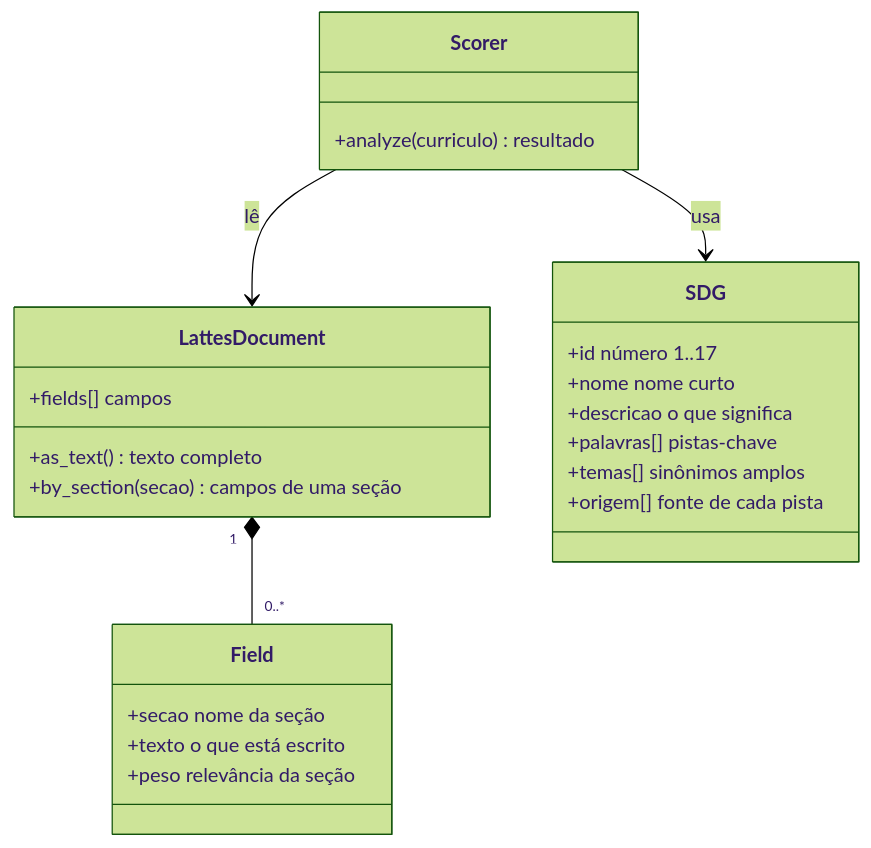
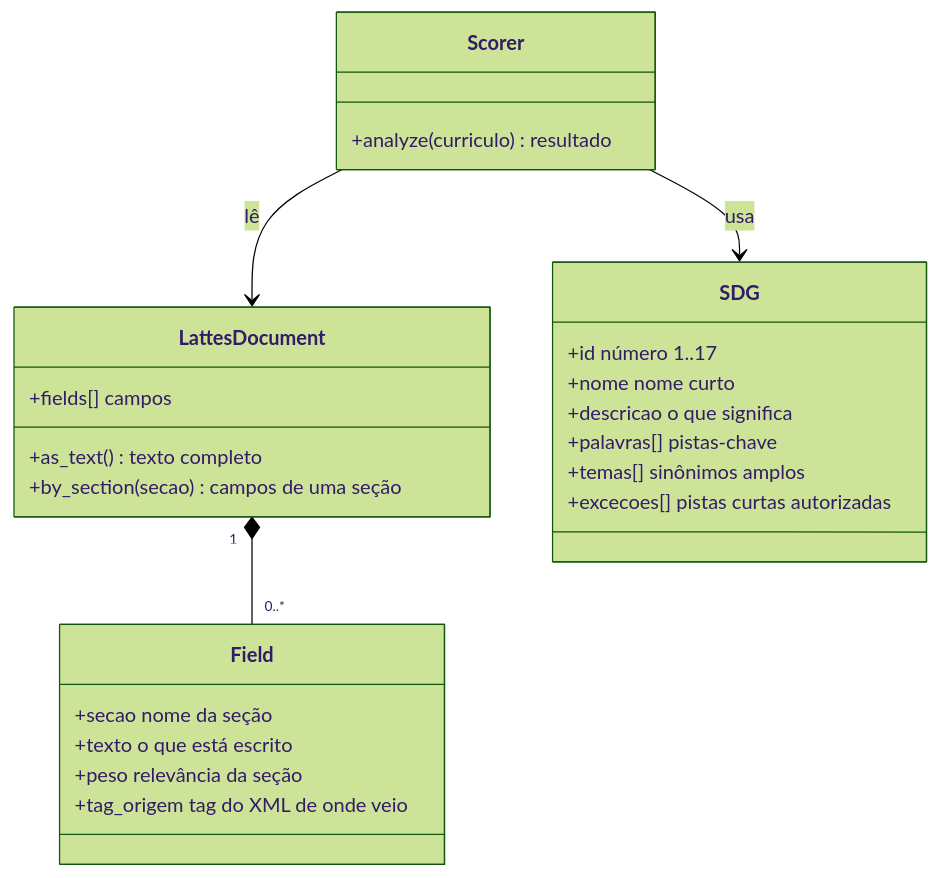
Before and after one commit to frederico-mello/cv-ods-classifier: the first of 5 diagrams in docs/03-modelo-de-dados.md, drawn with Mermaid (forest theme). The commit also changed other lines of this file and 31 other files, not shown here.

````diff
--- a/docs/03-modelo-de-dados.md
+++ b/docs/03-modelo-de-dados.md
@@ -16,28 +16,29 @@
 ```mermaid
 classDiagram
     class LattesDocument {
         +fields[] campos
         +as_text() texto completo
         +by_section(secao) campos de uma seção
     }
     class Field {
         +secao nome da seção
         +texto o que está escrito
         +peso relevância da seção
+        +tag_origem tag do XML de onde veio
     }
     class SDG {
         +id número 1..17
         +nome nome curto
         +descricao o que significa
         +palavras[] pistas-chave
         +temas[] sinônimos amplos
-        +origem[] fonte de cada pista
+        +excecoes[] pistas curtas autorizadas
     }
     class Scorer {
         +analyze(curriculo) resultado
     }
 
     LattesDocument "1" *-- "0..*" Field
     Scorer --> SDG : usa
     Scorer --> LattesDocument : lê
 ```
````
